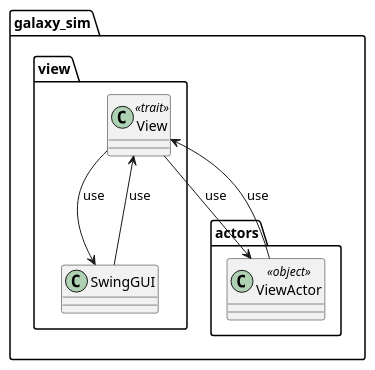
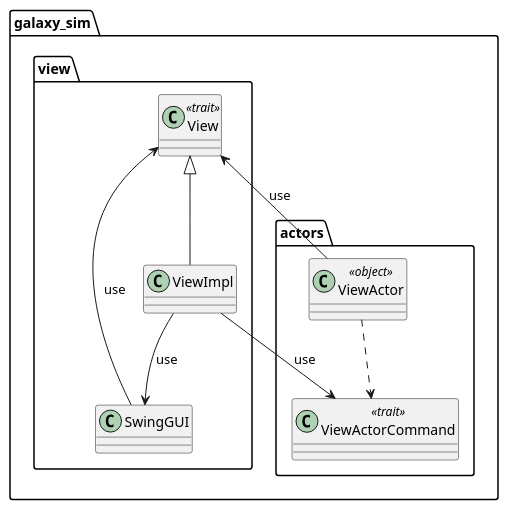
One commit to FilippoVissani/PPS-22-galaxy-sim changed the diagram in UML_diagrams/view_class_diagram.puml. Above: the diagram before and after it, drawn with PlantUML. The commit also changed 2 other files, not shown here.

Commit message:
Added "View" section in chapter 4

```diff
--- a/UML_diagrams/view_class_diagram.puml
+++ b/UML_diagrams/view_class_diagram.puml
@@ -1,18 +1,21 @@
 @startuml
 'https://plantuml.com/class-diagram
 
 package galaxy_sim.view{
     class View << trait >>
+    class ViewImpl extends View
     class SwingGUI
 }
 
 package galaxy_sim.actors{
     class ViewActor << object >>
+    class ViewActorCommand << trait >>
 }
 
-View --> SwingGUI : use
+ViewActor ..> ViewActorCommand
+ViewImpl --> SwingGUI : use
 SwingGUI --> View : use
-View --> ViewActor : use
+ViewImpl --> ViewActorCommand : use
 ViewActor --> View : use
 
 @enduml
```
